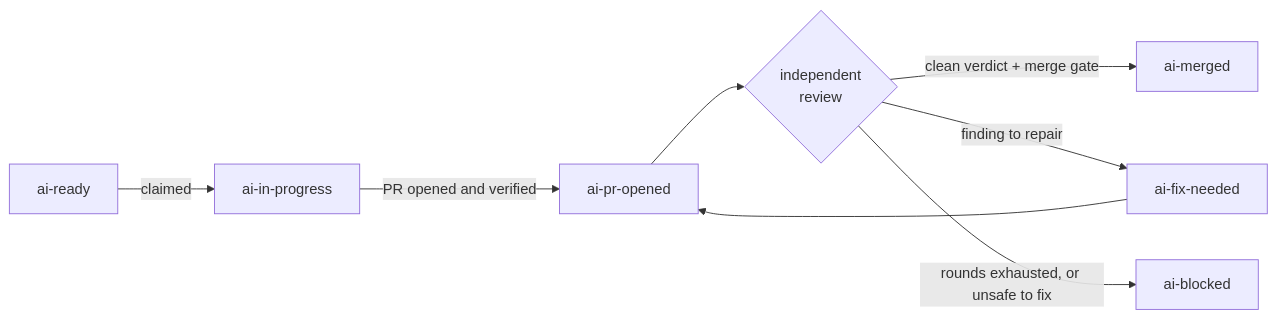
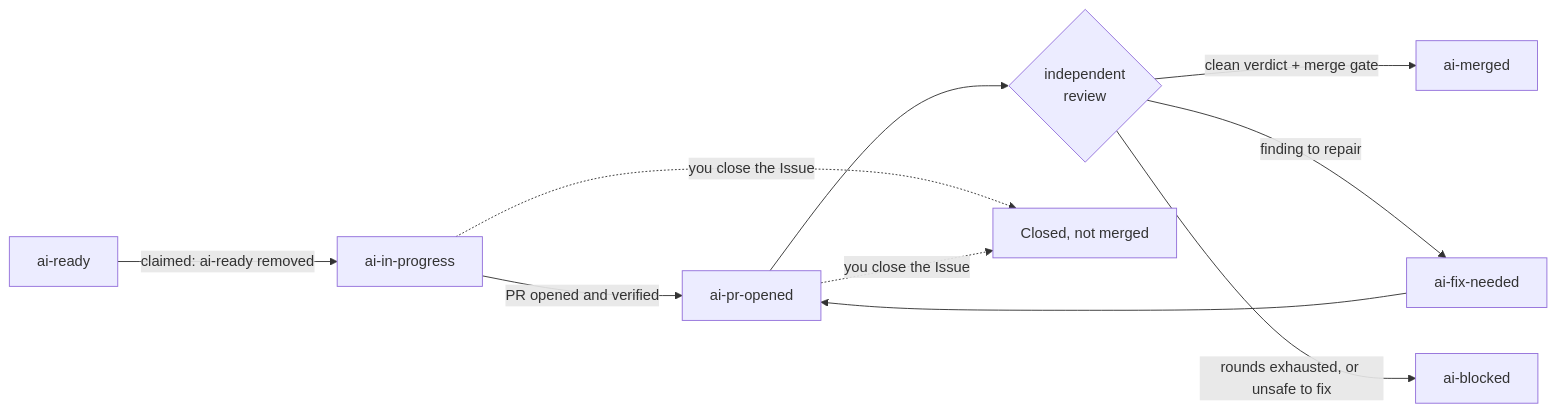
One commit to orbi-build/orbi-cloud-docs changed the diagram in delivery-lifecycle.mdx. Above: the diagram before and after it, drawn with Mermaid. The commit also changed other lines of this file and 1 other file, not shown here.

Commit message:
文档：ai-ready 只表示排队中，认领时摘掉（中英，等 v0.7.54 上生产再合并） (#29)
* 文档：ai-ready 只表示排队中，认领时摘掉（中英，跟随引擎 orbi#2309，待 v0.7.54 上生产后合并）

* 文档：交付生命周期图补上「关掉 Issue」的停下路径（中英）

````diff
--- a/delivery-lifecycle.mdx
+++ b/delivery-lifecycle.mdx
@@ -14,10 +14,12 @@
 ```mermaid
 flowchart LR
-  ready["ai-ready"] -->|claimed| progress["ai-in-progress"]
+  ready["ai-ready"] -->|claimed: ai-ready removed| progress["ai-in-progress"]
   progress -->|PR opened and verified| opened["ai-pr-opened"]
   opened --> review{"independent<br/>review"}
   review -->|clean verdict + merge gate| merged["ai-merged"]
   review -->|finding to repair| fix["ai-fix-needed"]
   fix --> opened
   review -->|rounds exhausted, or unsafe to fix| blocked["ai-blocked"]
+  progress -.->|you close the Issue| closed["Closed, not merged"]
+  opened -.->|you close the Issue| closed
 ```
````
